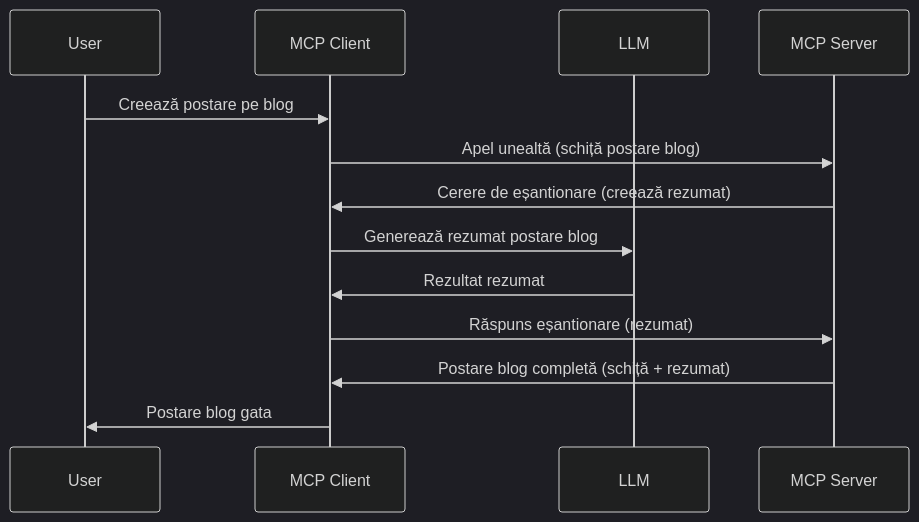
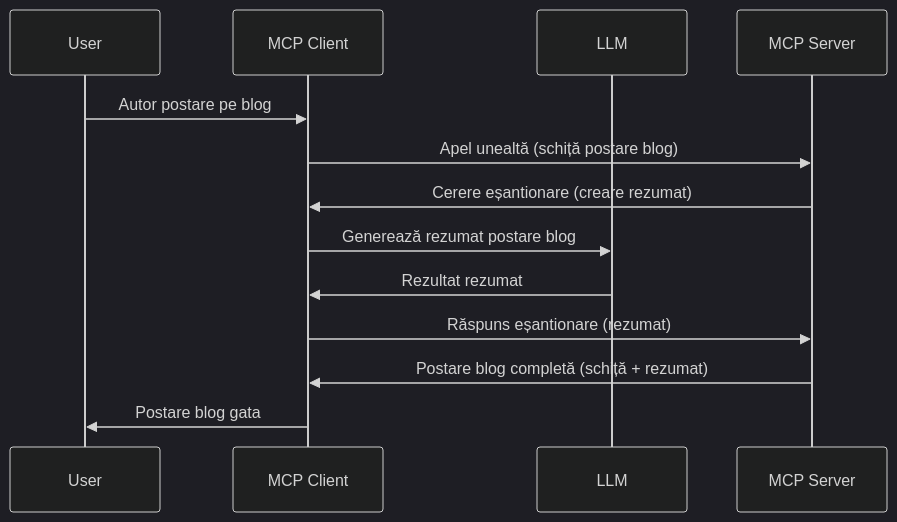
One commit to HIDORAKAI002/ai-workspace-archive changed the diagram in mcp_ecosystem__model_context_protocol/mcp_learning_resources/mcp-for-beginners/translations/ro/03-GettingStarted/14-sampling/README.md. Above: the diagram before and after it, drawn with Mermaid (dark theme). The commit also changed other lines of this file and 1160 other files, not shown here.

````diff
--- a/mcp_ecosystem__model_context_protocol/mcp_learning_resources/mcp-for-beginners/translations/ro/03-GettingStarted/14-sampling/README.md
+++ b/mcp_ecosystem__model_context_protocol/mcp_learning_resources/mcp-for-beginners/translations/ro/03-GettingStarted/14-sampling/README.md
@@ -23,16 +23,16 @@
 ```mermaid
 sequenceDiagram
     participant User
     participant MCP Client
     participant LLM
     participant MCP Server
 
-    User->>MCP Client: Creează postare pe blog
+    User->>MCP Client: Autor postare pe blog
     MCP Client->>MCP Server: Apel unealtă (schiță postare blog)
-    MCP Server->>MCP Client: Cerere de eșantionare (creează rezumat)
+    MCP Server->>MCP Client: Cerere eșantionare (creare rezumat)
     MCP Client->>LLM: Generează rezumat postare blog
     LLM->>MCP Client: Rezultat rezumat
     MCP Client->>MCP Server: Răspuns eșantionare (rezumat)
     MCP Server->>MCP Client: Postare blog completă (schiță + rezumat)
     MCP Client->>User: Postare blog gata
 ```
````
